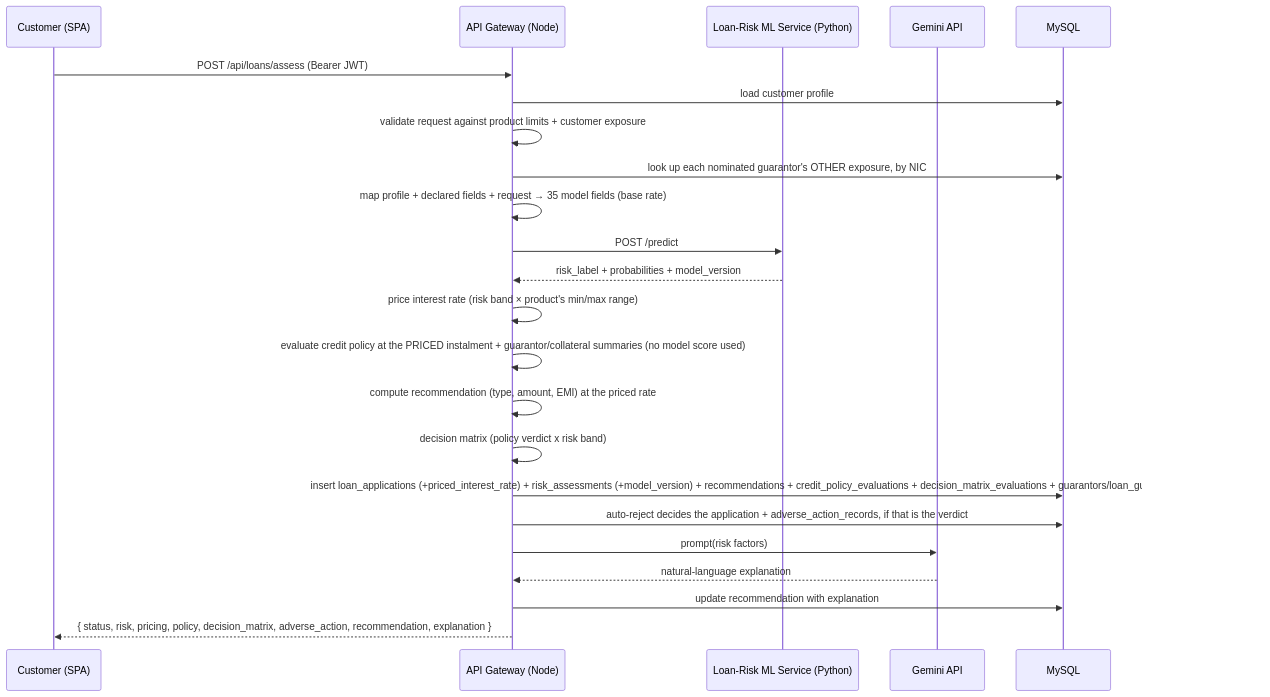
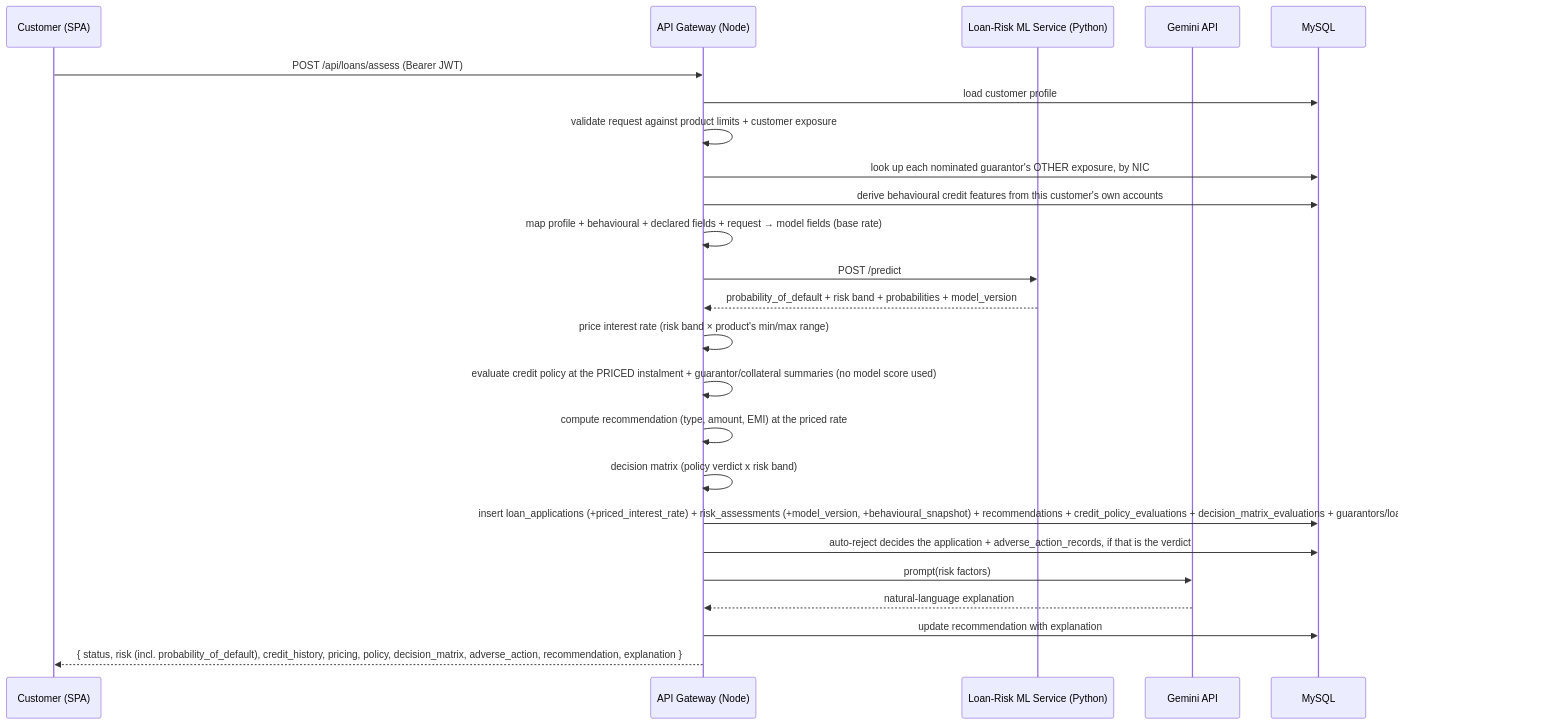
The third of 9 diagrams in ARCHITECTURE.md (ThangarajuThivya/ai-loan-risk-platform), drawn with Mermaid before and after one commit. The commit also changed other lines of this file and 23 other files, not shown here.

````diff
--- a/ARCHITECTURE.md
+++ b/ARCHITECTURE.md
@@ -543,26 +830,27 @@
 ```mermaid
 sequenceDiagram
     participant U as Customer (SPA)
     participant N as API Gateway (Node)
     participant P as Loan-Risk ML Service (Python)
     participant G as Gemini API
     participant DB as MySQL
 
     U->>N: POST /api/loans/assess (Bearer JWT)
     N->>DB: load customer profile
     N->>N: validate request against product limits + customer exposure
     N->>DB: look up each nominated guarantor's OTHER exposure, by NIC
-    N->>N: map profile + declared fields + request → 35 model fields (base rate)
+    N->>DB: derive behavioural credit features from this customer's own accounts
+    N->>N: map profile + behavioural + declared fields + request → model fields (base rate)
     N->>P: POST /predict
-    P-->>N: risk_label + probabilities + model_version
+    P-->>N: probability_of_default + risk band + probabilities + model_version
     N->>N: price interest rate (risk band × product's min/max range)
     N->>N: evaluate credit policy at the PRICED instalment + guarantor/collateral summaries (no model score used)
     N->>N: compute recommendation (type, amount, EMI) at the priced rate
     N->>N: decision matrix (policy verdict x risk band)
-    N->>DB: insert loan_applications (+priced_interest_rate) + risk_assessments (+model_version) + recommendations + credit_policy_evaluations + decision_matrix_evaluations + guarantors/loan_guarantors + collateral_items
+    N->>DB: insert loan_applications (+priced_interest_rate) + risk_assessments (+model_version, +behavioural_snapshot) + recommendations + credit_policy_evaluations + decision_matrix_evaluations + guarantors/loan_guarantors + collateral_items
     N->>DB: auto-reject decides the application + adverse_action_records, if that is the verdict
     N->>G: prompt(risk factors)
     G-->>N: natural-language explanation
     N->>DB: update recommendation with explanation
-    N-->>U: { status, risk, pricing, policy, decision_matrix, adverse_action, recommendation, explanation }
+    N-->>U: { status, risk (incl. probability_of_default), credit_history, pricing, policy, decision_matrix, adverse_action, recommendation, explanation }
 ```
````
